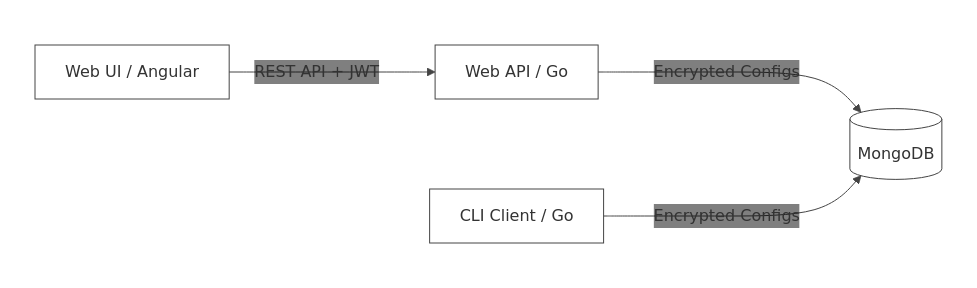
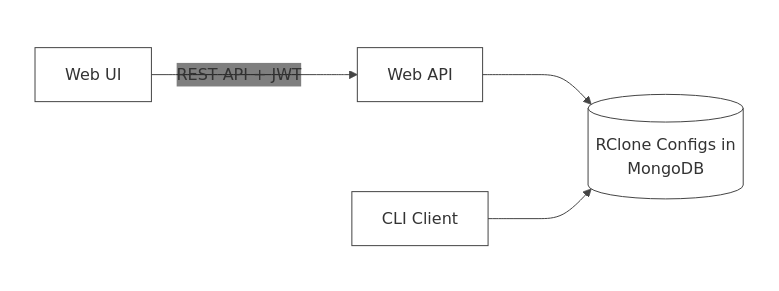
The diagram in README.md (EKarton/RClone-on-Cloud), drawn with Mermaid before and after one commit. The commit also changed other lines of this file, not shown here.

````diff
--- a/README.md
+++ b/README.md
@@ -21,32 +21,32 @@
 ```mermaid
 %%{init: {
   "theme": "base",
   "themeVariables": {
     "background": "transparent",
     "mainBkg": "transparent",
     "primaryColor": "transparent",
     "primaryBorderColor": "#444",
     "lineColor": "#444",
     "textColor": "#111",
     "nodeBorder": "#444",
     "edgeLabelBackground": "transparent"
   }
 }}%%
 graph LR
     subgraph "Local Environment"
-        CLI[CLI Client / Go]
+        CLI[CLI Client]
     end
 
     subgraph "Cloud / Storage"
-        MongoDB[(MongoDB)]
+        MongoDB[(RClone Configs in \n MongoDB)]
     end
 
     subgraph "Cloud / Web"
-        WebUI[Web UI / Angular]
-        WebAPI[Web API / Go]
+        WebUI[Web UI]
+        WebAPI[Web API]
     end
 
     WebUI -->|REST API + JWT| WebAPI
-    WebAPI -->|Encrypted Configs| MongoDB
-    CLI -->|Encrypted Configs| MongoDB
+    WebAPI --> MongoDB
+    CLI --> MongoDB
 ```
````
